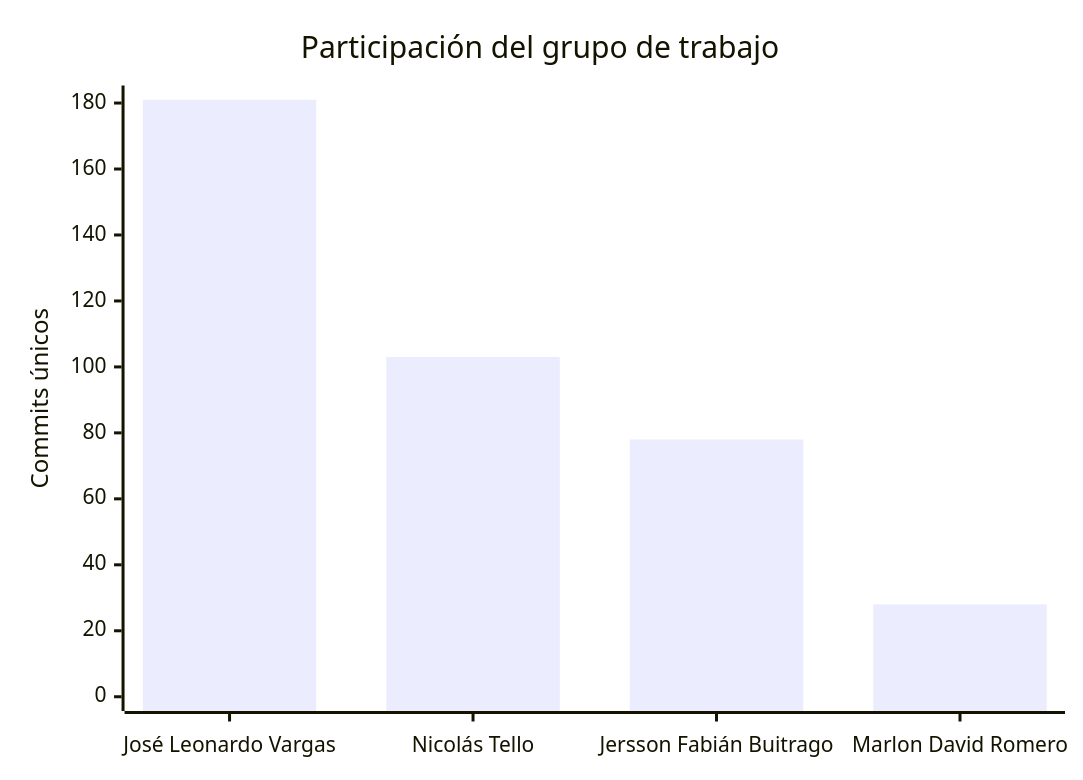
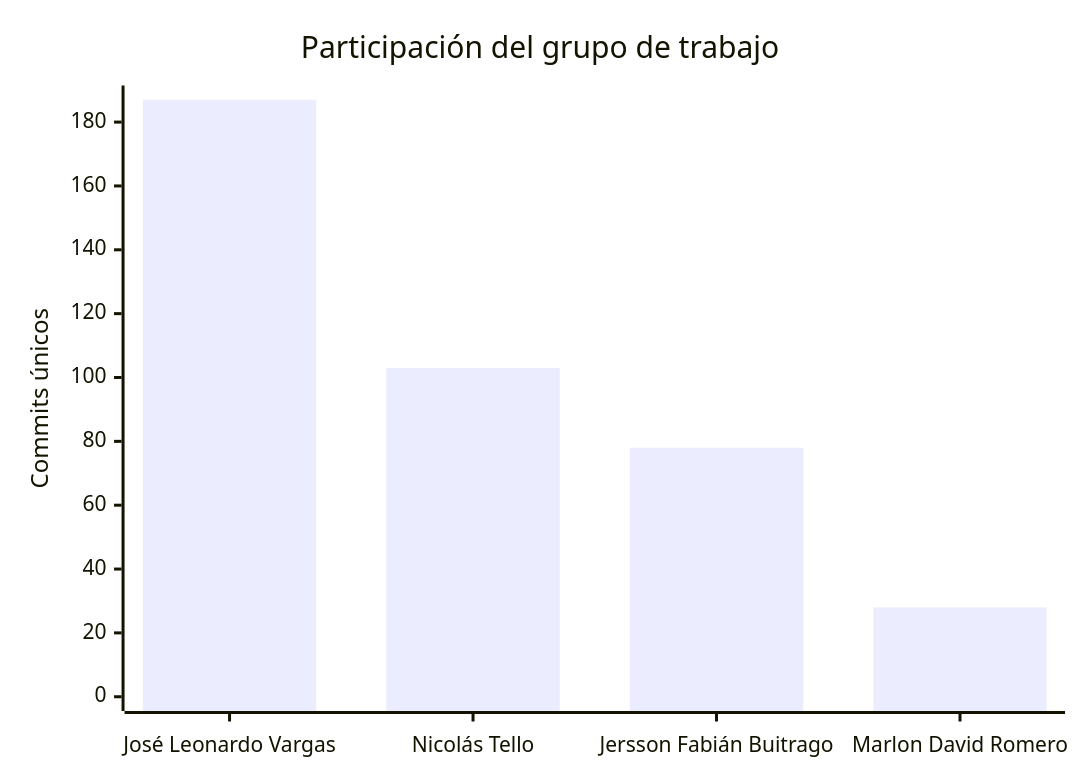
The second of 2 diagrams in README.md (FarmaExpres/FarmaExpres), drawn with Mermaid before and after one commit. The commit also changed other lines of this file and 1 other file, not shown here.

````diff
--- a/README.md
+++ b/README.md
@@ -401,7 +401,7 @@
 ```mermaid
 xychart-beta
     title "Participación del grupo de trabajo"
     x-axis ["José Leonardo Vargas", "Nicolás Tello", "Jersson Fabián Buitrago", "Marlon David Romero"]
-    y-axis "Commits únicos" 0 --> 181
-    bar [181, 103, 78, 28]
+    y-axis "Commits únicos" 0 --> 187
+    bar [187, 103, 78, 28]
 ```
````
